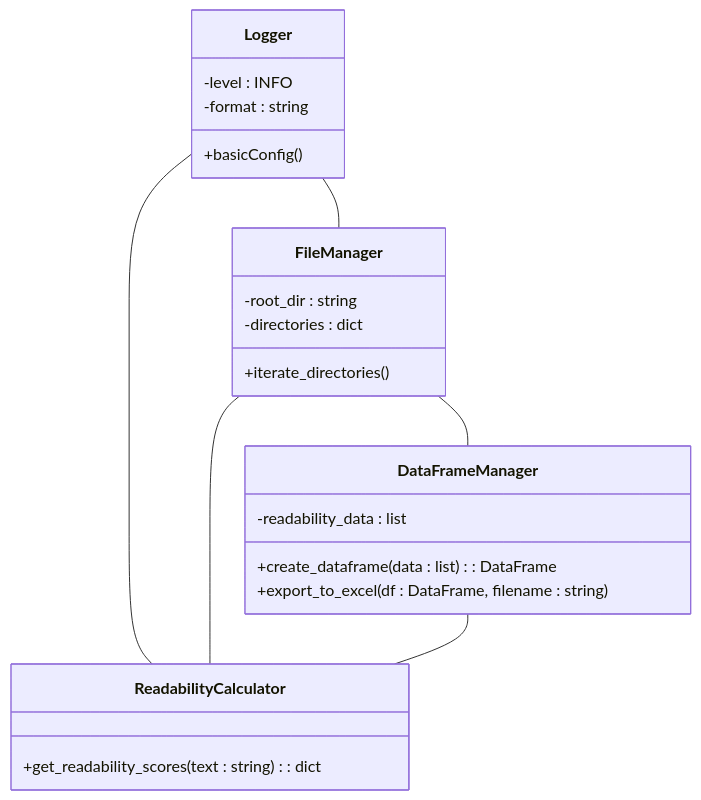
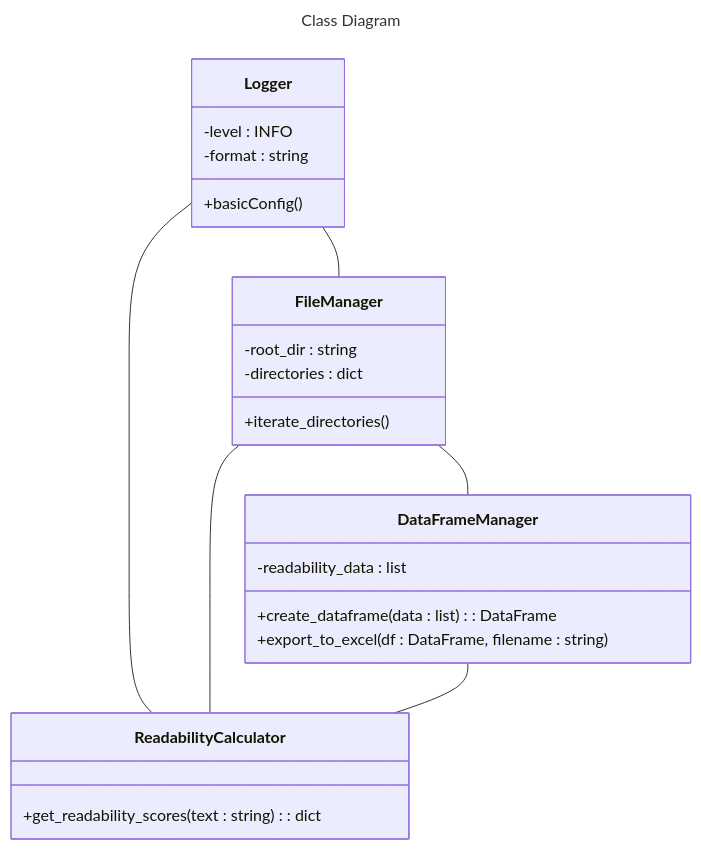
Before and after one commit to anrichp/Computing-Project-2024: the second of 2 diagrams in Algorithm Evaluation/README.md, drawn with Mermaid. The commit also changed other lines of this file, not shown here.

Commit message:
add titles to diagram

````diff
--- a/Algorithm Evaluation/README.md
+++ b/Algorithm Evaluation/README.md
@@ -25,31 +28,34 @@
 ```mermaid
+---
+title: Class Diagram
+---
 classDiagram
     class Logger {
         -level : INFO
         -format : string
         +basicConfig()
     }
 
     class FileManager {
         -root_dir : string
         -directories : dict
         +iterate_directories()
     }
 
     class ReadabilityCalculator {
         +get_readability_scores(text : string) : dict
     }
 
     class DataFrameManager {
         -readability_data : list
         +create_dataframe(data : list) : DataFrame
         +export_to_excel(df : DataFrame, filename : string)
     }
 
     Logger -- FileManager
     Logger -- ReadabilityCalculator
     FileManager -- ReadabilityCalculator
     FileManager -- DataFrameManager
     DataFrameManager -- ReadabilityCalculator
 
 ```
````
